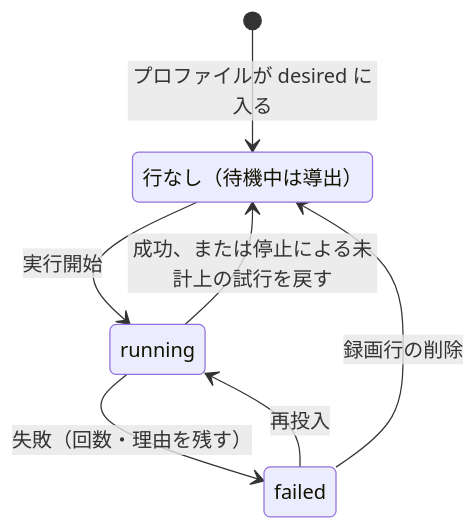
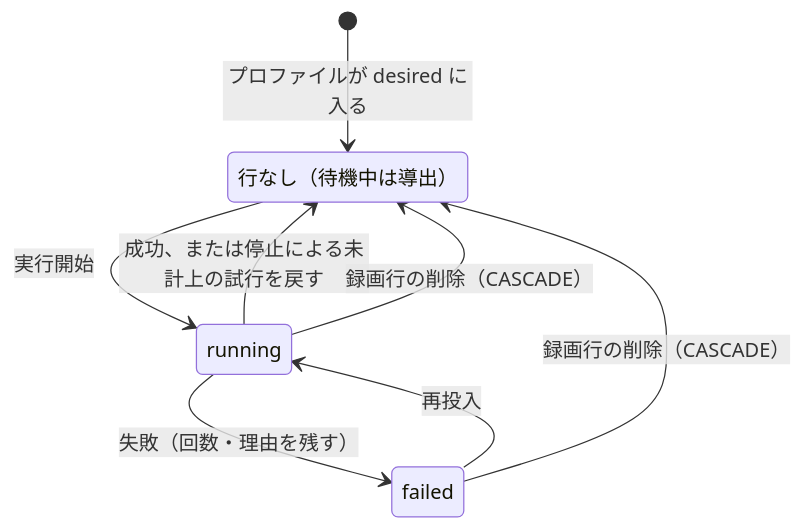
Before and after one commit to fetburner/rokuban: the second of 2 diagrams in docs/schema/recordings.md, drawn with Mermaid. The commit also changed other lines of this file and 24 other files, not shown here.

````diff
--- a/docs/schema/recordings.md
+++ b/docs/schema/recordings.md
@@ -546,10 +550,11 @@
 ```mermaid
 stateDiagram-v2
     state "行なし（待機中は導出）" as none
     [*] --> none: プロファイルが desired に入る
     none --> running: 実行開始
     running --> failed: 失敗（回数・理由を残す）
     failed --> running: 再投入
     running --> none: 成功、または停止による未計上の試行を戻す
-    failed --> none: 録画行の削除
+    failed --> none: 録画行の削除（CASCADE）
+    running --> none: 録画行の削除（CASCADE）
 ```
````
